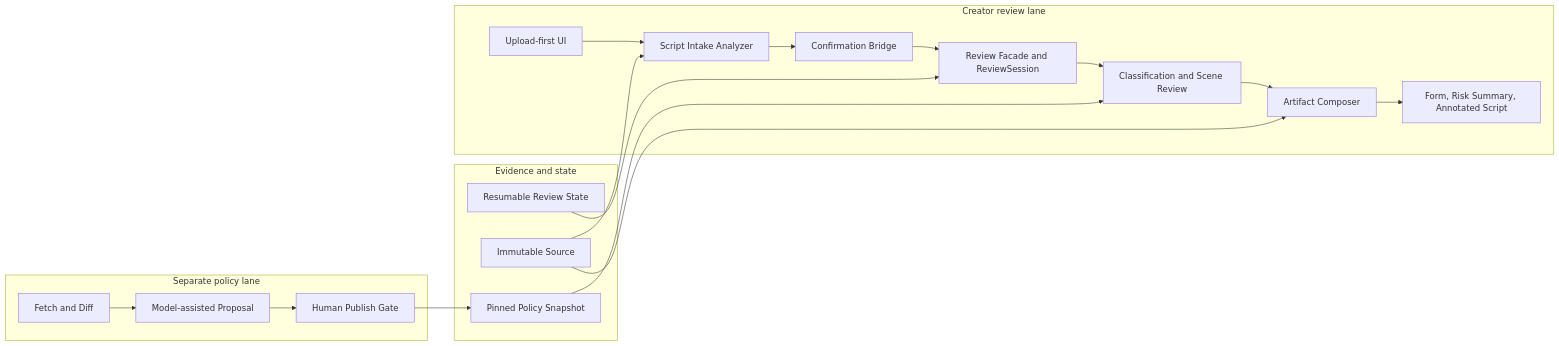
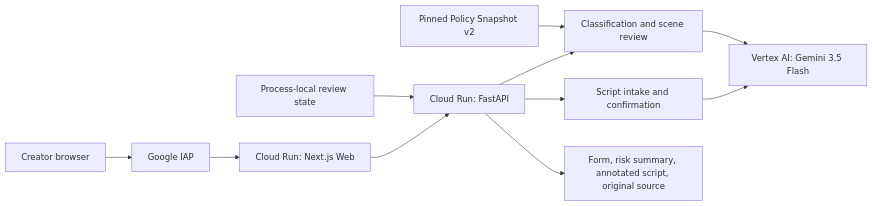
One commit to RuichenW12/Film-Compliance-Agent changed the diagram in docs/superpowers/specs/2026-08-30-hackathon-demo-recording-design.md. Above: the diagram before and after it, drawn with Mermaid. The commit also changed other lines of this file and 5 other files, not shown here.

````diff
--- a/docs/superpowers/specs/2026-08-30-hackathon-demo-recording-design.md
+++ b/docs/superpowers/specs/2026-08-30-hackathon-demo-recording-design.md
@@ -116,31 +104,13 @@
 ```mermaid
 flowchart LR
-    subgraph Creator[Creator review lane]
-        UI[Upload-first UI]
-        Intake[Script Intake Analyzer]
-        Confirm[Confirmation Bridge]
-        Facade[Review Facade and ReviewSession]
-        Review[Classification and Scene Review]
-        Compose[Artifact Composer]
-        Files[Form, Risk Summary, Annotated Script]
-        UI --> Intake --> Confirm --> Facade --> Review --> Compose --> Files
-    end
-
-    subgraph Evidence[Evidence and state]
-        Snapshot[Pinned Policy Snapshot]
-        Source[Immutable Source]
-        State[Resumable Review State]
-    end
-
-    subgraph Policy[Separate policy lane]
-        Fetch[Fetch and Diff]
-        Proposal[Model-assisted Proposal]
-        Human[Human Publish Gate]
-        Fetch --> Proposal --> Human --> Snapshot
-    end
-
-    Snapshot --> Review
-    Source --> Intake
-    Source --> Compose
-    State --> Facade
+    Browser[Creator browser] --> IAP[Google IAP]
+    IAP --> Web[Cloud Run: Next.js Web]
+    Web --> API[Cloud Run: FastAPI]
+    API --> Intake[Script intake and confirmation]
+    API --> Review[Classification and scene review]
+    Intake --> Gemini[Vertex AI: Gemini 3.5 Flash]
+    Review --> Gemini
+    Snapshot[Pinned Policy Snapshot v2] --> Review
+    Memory[Process-local review state] --> API
+    API --> Package[Form, risk summary, annotated script, original source]
 ```
````
